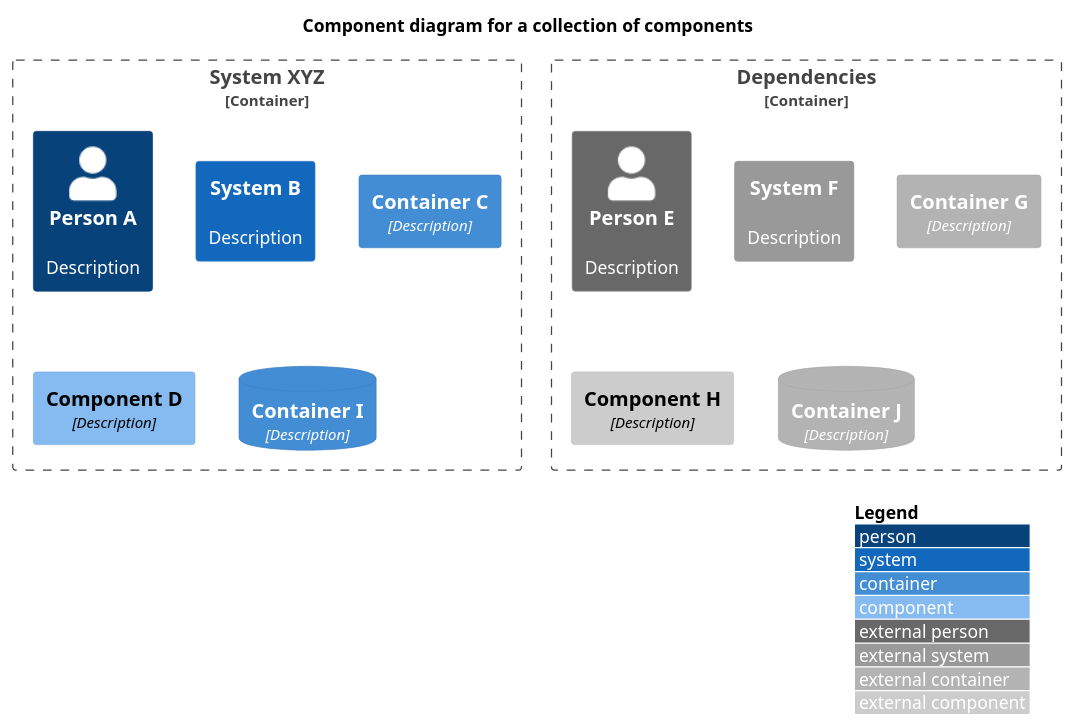
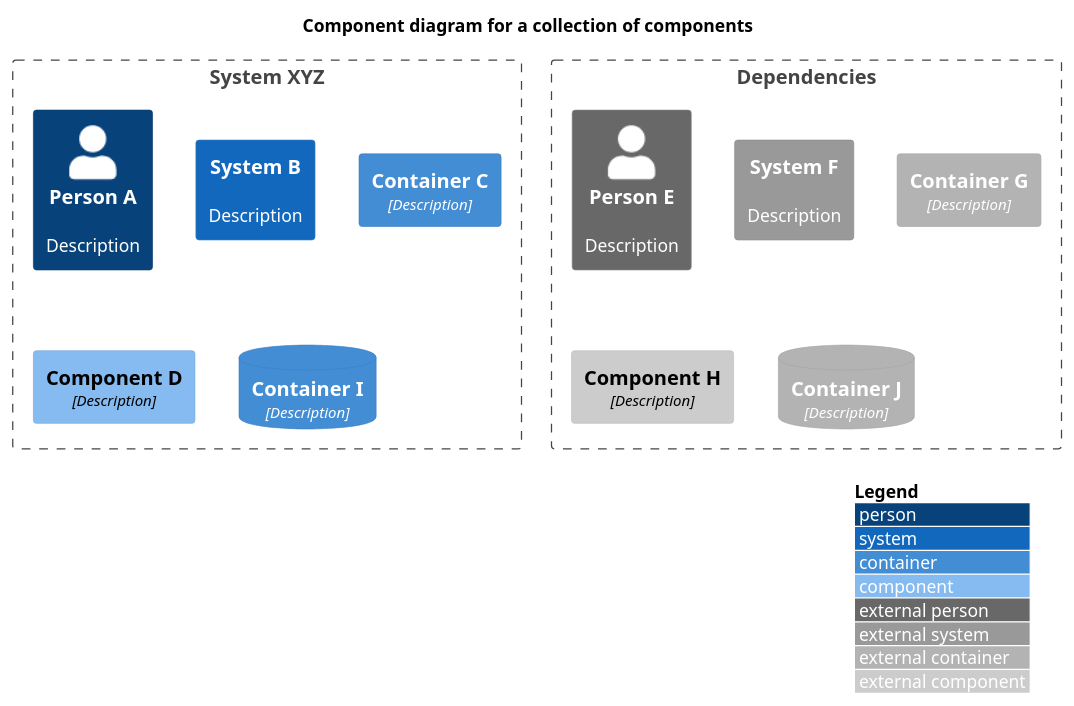
The diagram in Component/component-collection.puml (makomweb/c4-diagrams), drawn with PlantUML before and after one commit.

Commit message:
improve component collection boundaries

```diff
--- a/Component/component-collection.puml
+++ b/Component/component-collection.puml
@@ -1,27 +1,27 @@
 @startuml
 !include https://raw.githubusercontent.com/plantuml-stdlib/C4-PlantUML/master/C4_Component.puml
 ' uncomment the following line and comment the first to use locally
 ' !include C4_Component.puml
 
 LAYOUT_WITH_LEGEND()
 'LAYOUT_LEFT_RIGHT()
 
 title Component diagram for a collection of components
 
-Container_Boundary(system, "System XYZ") {
+Boundary(system, "System XYZ") {
     Person(person_a, "Person A", "Description")
     System(system_b, "System B", "Description")
     Container(container_c, "Container C", "Description")
     Component(component_d, "Component D", "Description")
     ContainerDb(container_i, "Container I", "Description")
 }
 
-Container_Boundary(externals, "Dependencies") {
+Boundary(externals, "Dependencies") {
     Person_Ext(person_e, "Person E", "Description")
     System_Ext(system_f, "System F", "Description")
     Container_Ext(container_g, "Container G", "Description")
     Component_Ext(component_h, "Component H", "Description")
     ContainerDb_Ext(container_j, "Container J", "Description")
 }
 
 @enduml
```
